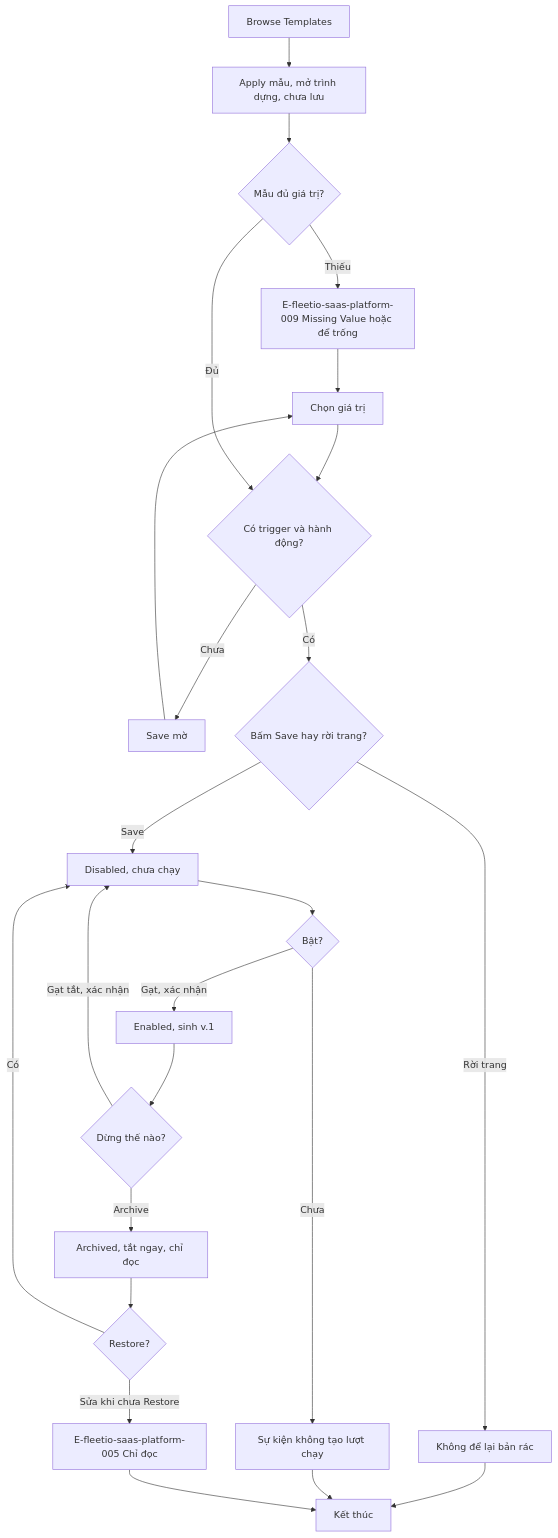
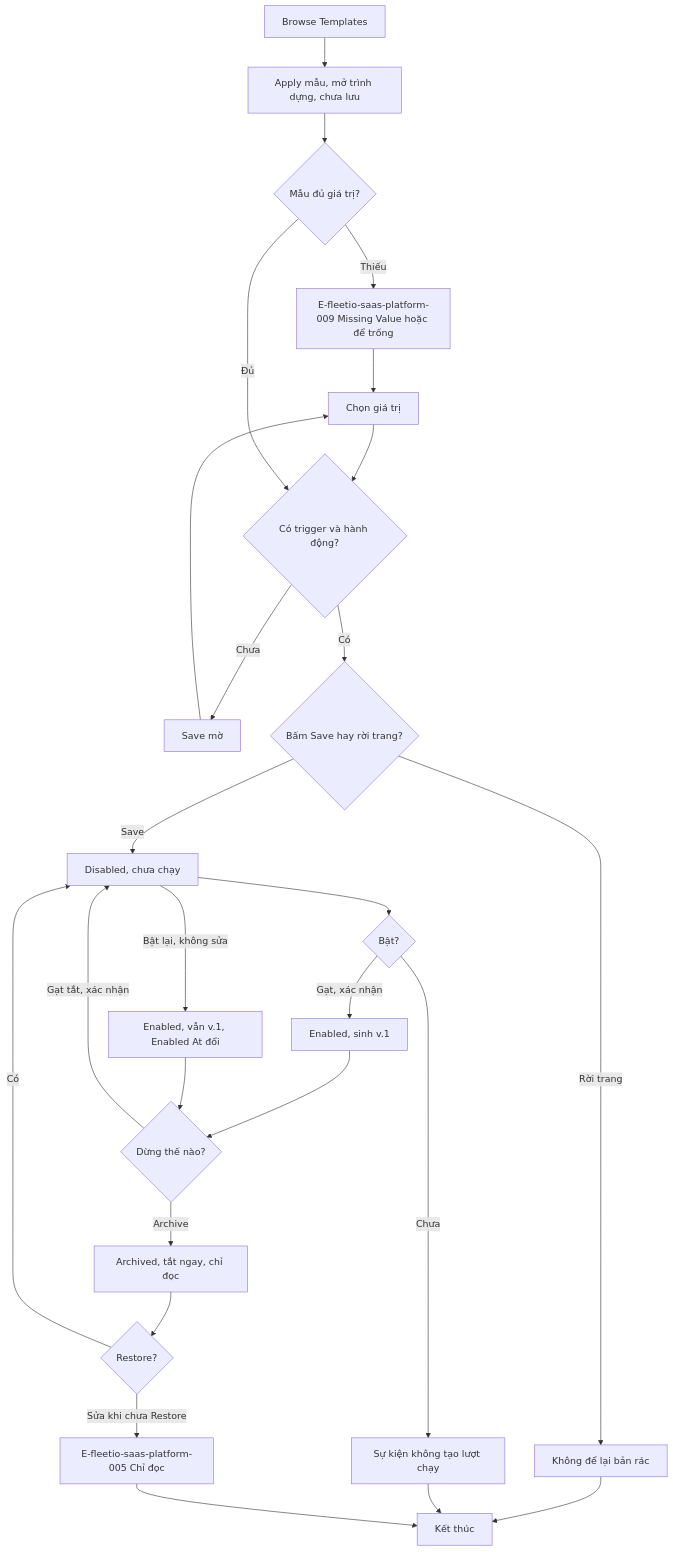
Before and after one commit to szitphan/invlogis: the fourth of 24 diagrams in docs/_research/fleetio/srs/fleetio-saas-platform-flows.md, drawn with Mermaid. The commit also changed other lines of this file and 113 other files, not shown here.

````diff
--- a/docs/_research/fleetio/srs/fleetio-saas-platform-flows.md
+++ b/docs/_research/fleetio/srs/fleetio-saas-platform-flows.md
@@ -67,26 +67,28 @@
 ```mermaid
 flowchart TD
     A["Browse Templates"] --> B["Apply mẫu, mở trình dựng, chưa lưu"]
     B --> C{"Mẫu đủ giá trị?"}
     C -->|"Thiếu"| D["E-fleetio-saas-platform-009 Missing Value hoặc để trống"]
     D --> E["Chọn giá trị"]
     E --> F
     C -->|"Đủ"| F{"Có trigger và hành động?"}
     F -->|"Chưa"| G["Save mờ"]
     G --> E
     F -->|"Có"| H{"Bấm Save hay rời trang?"}
     H -->|"Rời trang"| I["Không để lại bản rác"]
     H -->|"Save"| J["Disabled, chưa chạy"]
     J --> K{"Bật?"}
     K -->|"Chưa"| L["Sự kiện không tạo lượt chạy"]
     K -->|"Gạt, xác nhận"| M["Enabled, sinh v.1"]
     M --> N{"Dừng thế nào?"}
     N -->|"Gạt tắt, xác nhận"| J
+    J -->|"Bật lại, không sửa"| M2["Enabled, vẫn v.1, Enabled At đổi"]
+    M2 --> N
     N -->|"Archive"| O["Archived, tắt ngay, chỉ đọc"]
     O --> P{"Restore?"}
     P -->|"Có"| J
     P -->|"Sửa khi chưa Restore"| Q["E-fleetio-saas-platform-005 Chỉ đọc"]
     I --> Z["Kết thúc"]
     L --> Z
     Q --> Z
 ```
````
